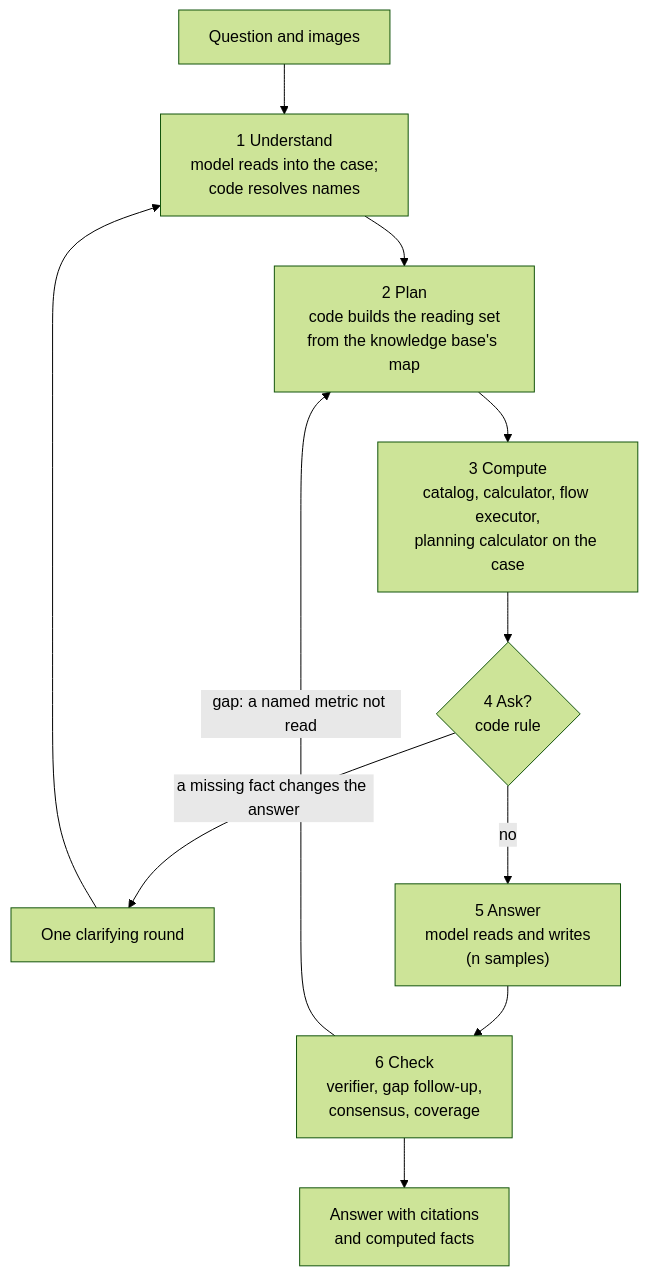
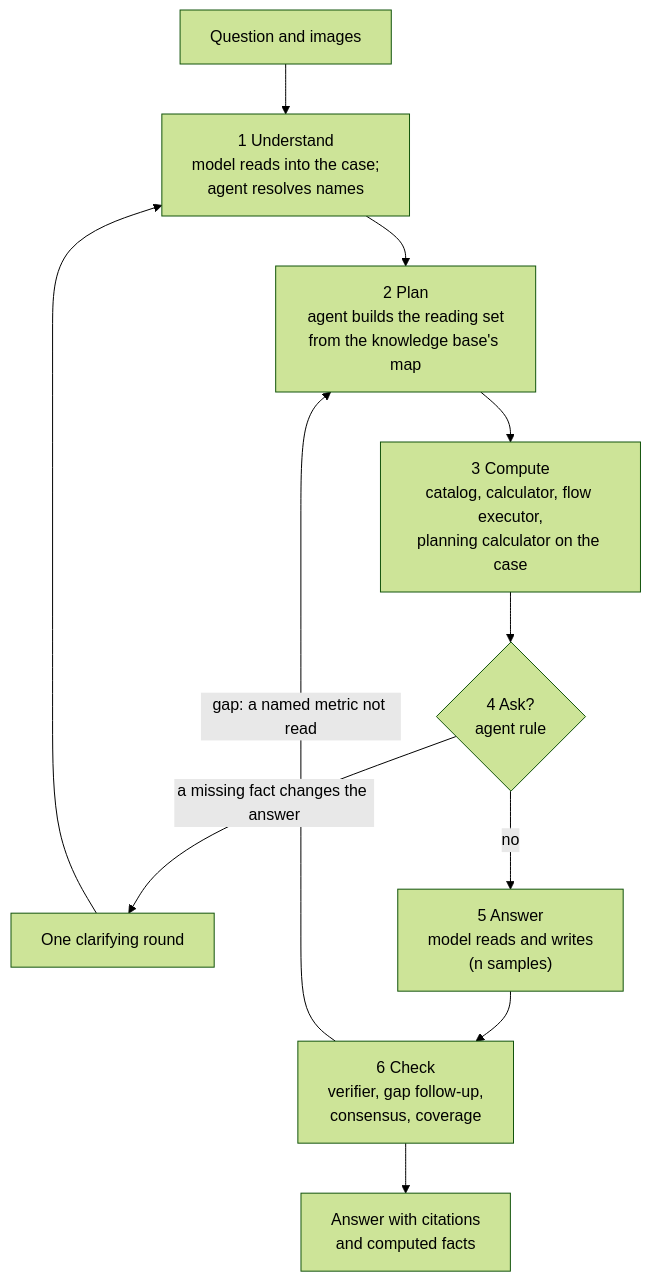
Before and after one commit to e1-rahabok/agent-e2: the diagram in harness/AGENT.md, drawn with Mermaid (forest theme). The commit also changed other lines of this file and 16 other files, not shown here.

````diff
--- a/harness/AGENT.md
+++ b/harness/AGENT.md
@@ -45,13 +45,13 @@
 ```mermaid
 flowchart TD
-  Q["Question and images"] --> U["1 Understand<br/>model reads into the case;<br/>code resolves names"]
-  U --> P["2 Plan<br/>code builds the reading set<br/>from the knowledge base's map"]
+  Q["Question and images"] --> U["1 Understand<br/>model reads into the case;<br/>agent resolves names"]
+  U --> P["2 Plan<br/>agent builds the reading set<br/>from the knowledge base's map"]
   P --> C["3 Compute<br/>catalog, calculator, flow executor,<br/>planning calculator on the case"]
-  C --> A{"4 Ask?<br/>code rule"}
+  C --> A{"4 Ask?<br/>agent rule"}
   A -->|"a missing fact changes the answer"| R["One clarifying round"]
   R --> U
   A -->|"no"| W["5 Answer<br/>model reads and writes<br/>(n samples)"]
   W --> K["6 Check<br/>verifier, gap follow-up,<br/>consensus, coverage"]
   K -->|"gap: a named metric not read"| P
   K --> O["Answer with citations<br/>and computed facts"]
 ```
````
